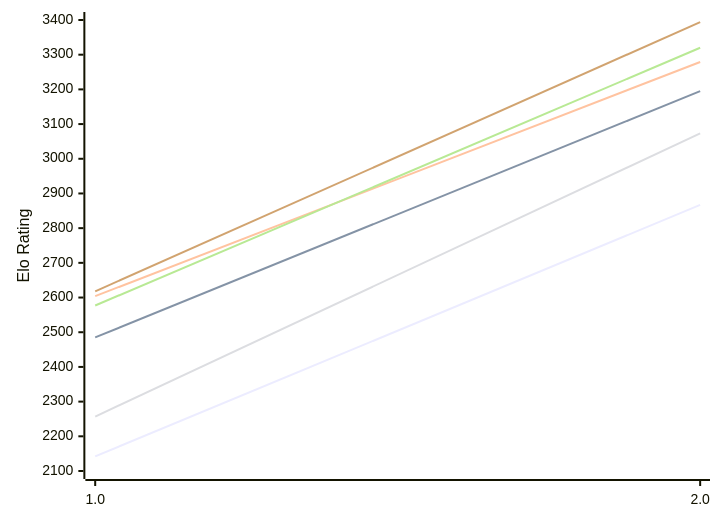
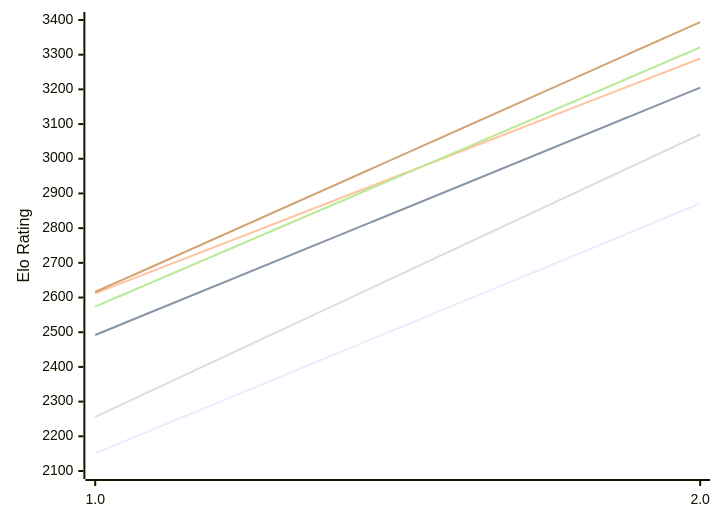
The diagram in engines/Scarlet.md (computer-chess-index/cci), drawn with Mermaid before and after one commit. The commit also changed other lines of this file, not shown here.

Commit message:
Update CCI Ratings (ELO VLTC) - 2026-11-07

````diff
--- a/engines/Scarlet.md
+++ b/engines/Scarlet.md
@@ -49,12 +49,12 @@
 ```mermaid
 %%{init: {"theme":"base","themeVariables":{"seriesColors:['#a3a3a3','#222221','#faa371']}}}%%
 xychart-beta
   x-axis ["1.0", "2.0"]
   y-axis "Elo Rating" 2100 --> 3400
-  line "E1: STC (8.0+0.08s)" [2142, 2867]
-  line "E1: LTC (60.0+0.60s)" [2485, 3195]
-  line "E1: VLTC (2m24s+1.12s)" [2604, 3279]
-  line "P1: STC (8.0+0.08s)" [2257, 3073]
-  line "P1: LTC (60.0+0.60s)" [2577, 3320]
-  line "P1: VLTC (2m24s+1.12s)" [2618, 3394]
+  line "E1: STC (8.0+0.08s)" [2151, 2871]
+  line "E1: LTC (60.0+0.60s)" [2492, 3205]
+  line "E1: VLTC (2m24s+1.12s)" [2612, 3289]
+  line "P1: STC (8.0+0.08s)" [2256, 3070]
+  line "P1: LTC (60.0+0.60s)" [2574, 3321]
+  line "P1: VLTC (2m24s+1.12s)" [2616, 3394]
 ```
````
